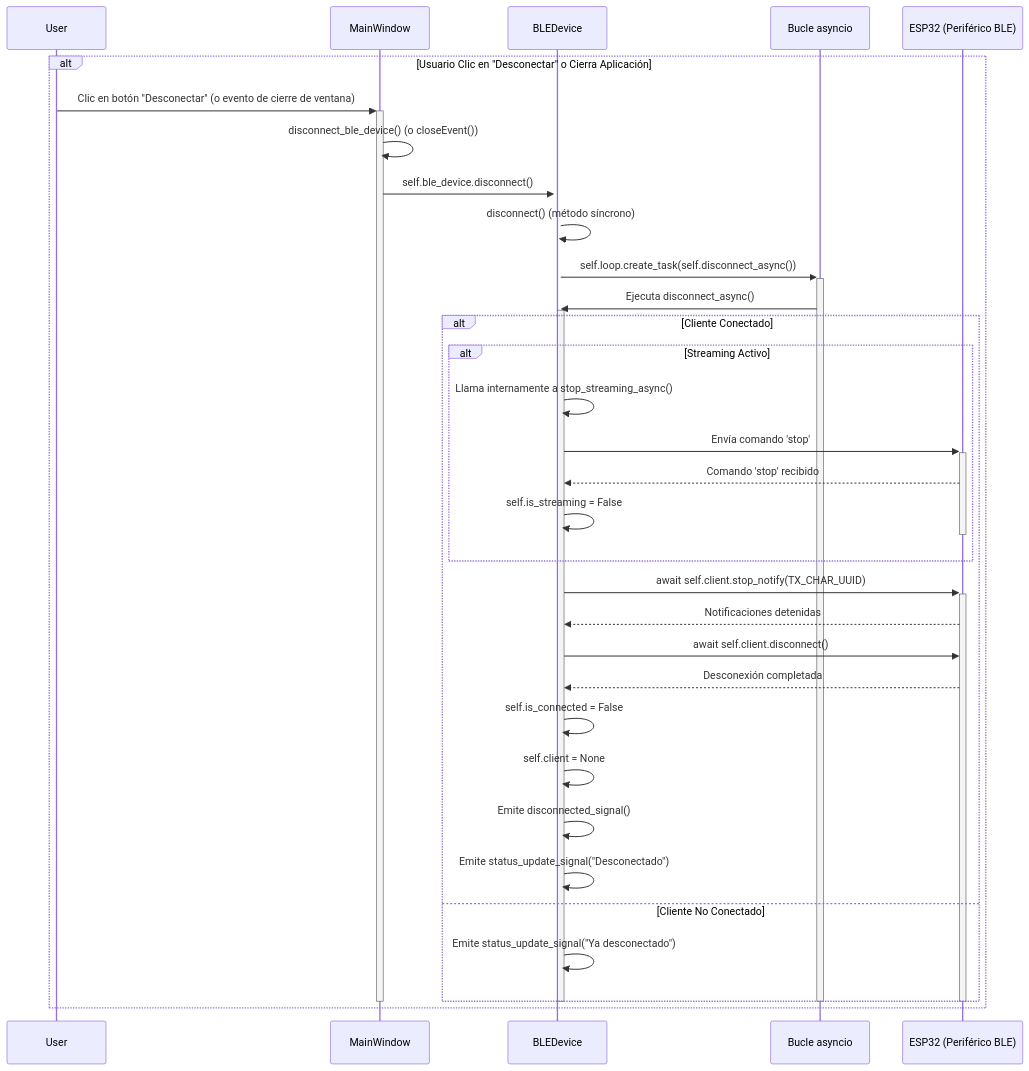
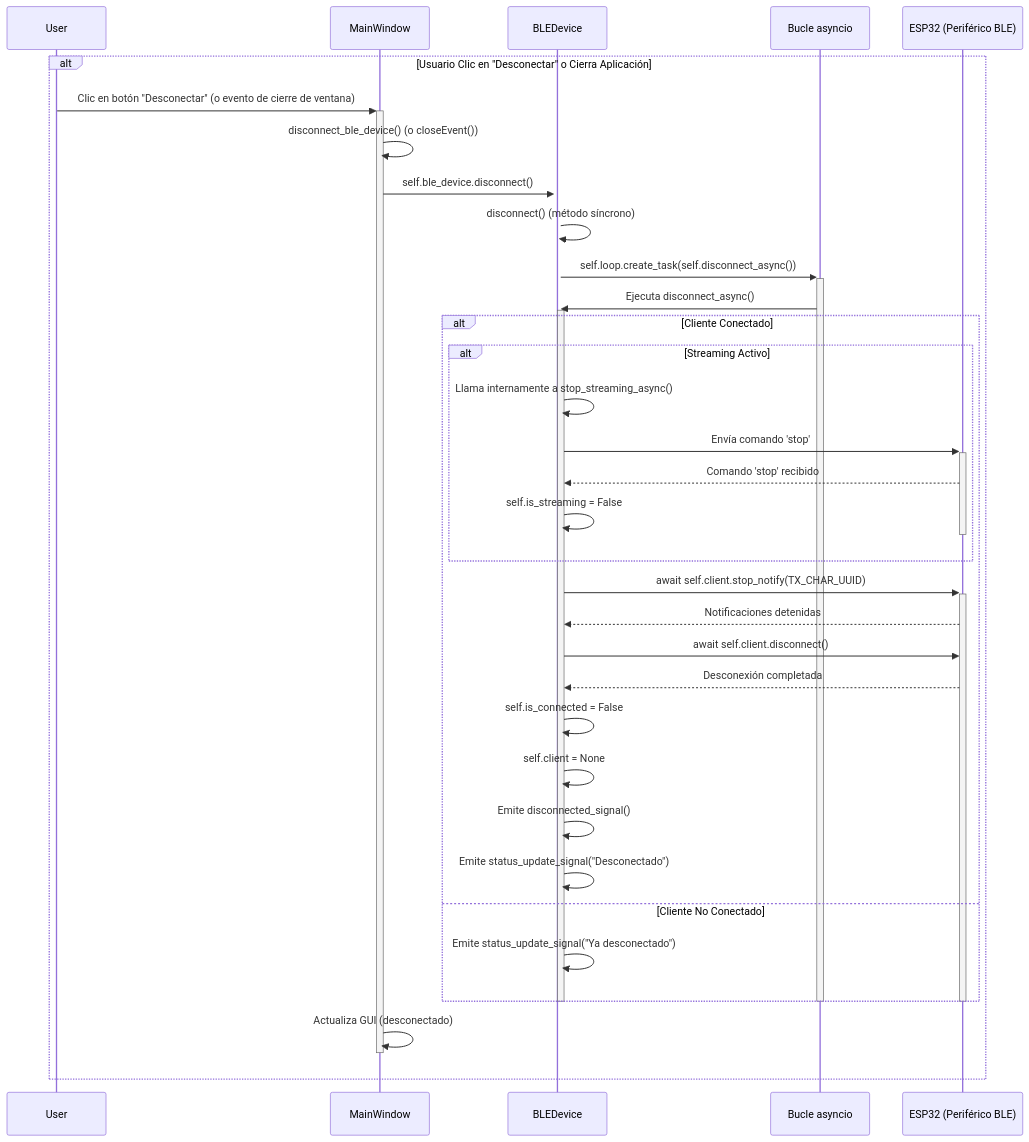
Before and after one commit to AdrianMTZVazquez/Proyecto_Optativa_1_HAR: the fourth of 9 diagrams in TUTORIAL.md, drawn with Mermaid. The commit also changed other lines of this file, not shown here.

Commit message:
docs: Fix disconnection diagram and remove stray lines

````diff
--- a/TUTORIAL.md
+++ b/TUTORIAL.md
@@ -210,40 +210,41 @@
 ```mermaid
 sequenceDiagram
     participant User
     participant MainWindow
     participant BLEDevice
     participant AsyncioLoop as Bucle asyncio
     participant ESP32Device as ESP32 (Periférico BLE)
 
     alt Usuario Clic en "Desconectar" o Cierra Aplicación
         User->>+MainWindow: Clic en botón "Desconectar" (o evento de cierre de ventana)
         MainWindow->>MainWindow: disconnect_ble_device() (o closeEvent())
         MainWindow->>+BLEDevice: self.ble_device.disconnect()
         BLEDevice->>BLEDevice: disconnect() (método síncrono)
         BLEDevice->>+AsyncioLoop: self.loop.create_task(self.disconnect_async())
         AsyncioLoop->>+BLEDevice: Ejecuta disconnect_async()
         alt Cliente Conectado
             alt Streaming Activo
                 BLEDevice->>BLEDevice: Llama internamente a stop_streaming_async()
                 BLEDevice->>+ESP32Device: Envía comando 'stop'
                 ESP32Device-->>BLEDevice: Comando 'stop' recibido
                 BLEDevice->>BLEDevice: self.is_streaming = False
                 deactivate ESP32Device
             end
             BLEDevice->>+ESP32Device: await self.client.stop_notify(TX_CHAR_UUID)
             ESP32Device-->>BLEDevice: Notificaciones detenidas
             BLEDevice->>ESP32Device: await self.client.disconnect()
             ESP32Device-->>BLEDevice: Desconexión completada
             BLEDevice->>BLEDevice: self.is_connected = False
             BLEDevice->>BLEDevice: self.client = None
             BLEDevice->>BLEDevice: Emite disconnected_signal()
             BLEDevice->>BLEDevice: Emite status_update_signal("Desconectado")
         else Cliente No Conectado
             BLEDevice->>BLEDevice: Emite status_update_signal("Ya desconectado")
         end
         deactivate ESP32Device
         deactivate BLEDevice
         deactivate AsyncioLoop
+        MainWindow->>MainWindow: Actualiza GUI (desconectado)
         deactivate MainWindow
     end
 ```
````
